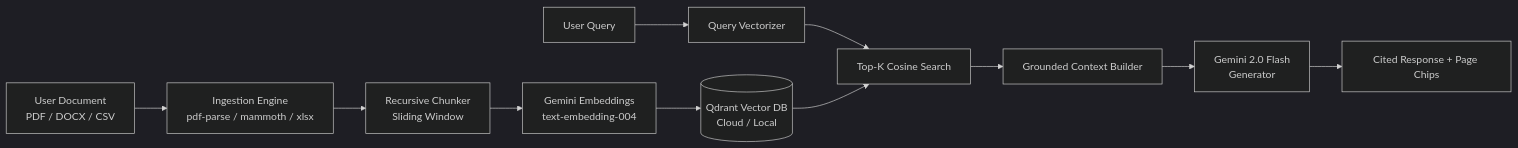
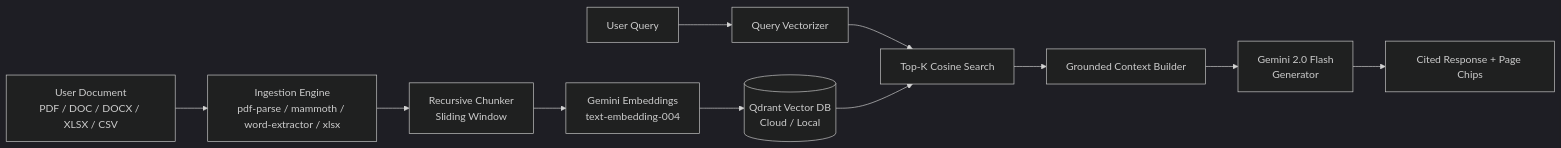
One commit to allAboutManas/ask-my-pdf changed the diagram in README.md. Above: the diagram before and after it, drawn with Mermaid (dark theme). The commit also changed other lines of this file and 11 other files, not shown here.

First line of the commit message:
feat(rag): enable document parsers for Word (.doc/.docx), Excel (.xlsx/.xls), and CSV

````diff
--- a/README.md
+++ b/README.md
@@ -30,14 +30,14 @@
 ```mermaid
 flowchart LR
-    A[User Document\nPDF / DOCX / CSV] --> B[Ingestion Engine\npdf-parse / mammoth / xlsx]
+    A[User Document\nPDF / DOC / DOCX / XLSX / CSV] --> B[Ingestion Engine\npdf-parse / mammoth / word-extractor / xlsx]
     B --> C[Recursive Chunker\nSliding Window]
     C --> D[Gemini Embeddings\ntext-embedding-004]
     D --> E[(Qdrant Vector DB\nCloud / Local)]
     
     F[User Query] --> G[Query Vectorizer]
     G --> H[Top-K Cosine Search]
     E --> H
     H --> I[Grounded Context Builder]
     I --> J[Gemini 2.0 Flash\nGenerator]
     J --> K[Cited Response + Page Chips]
 ```
````
